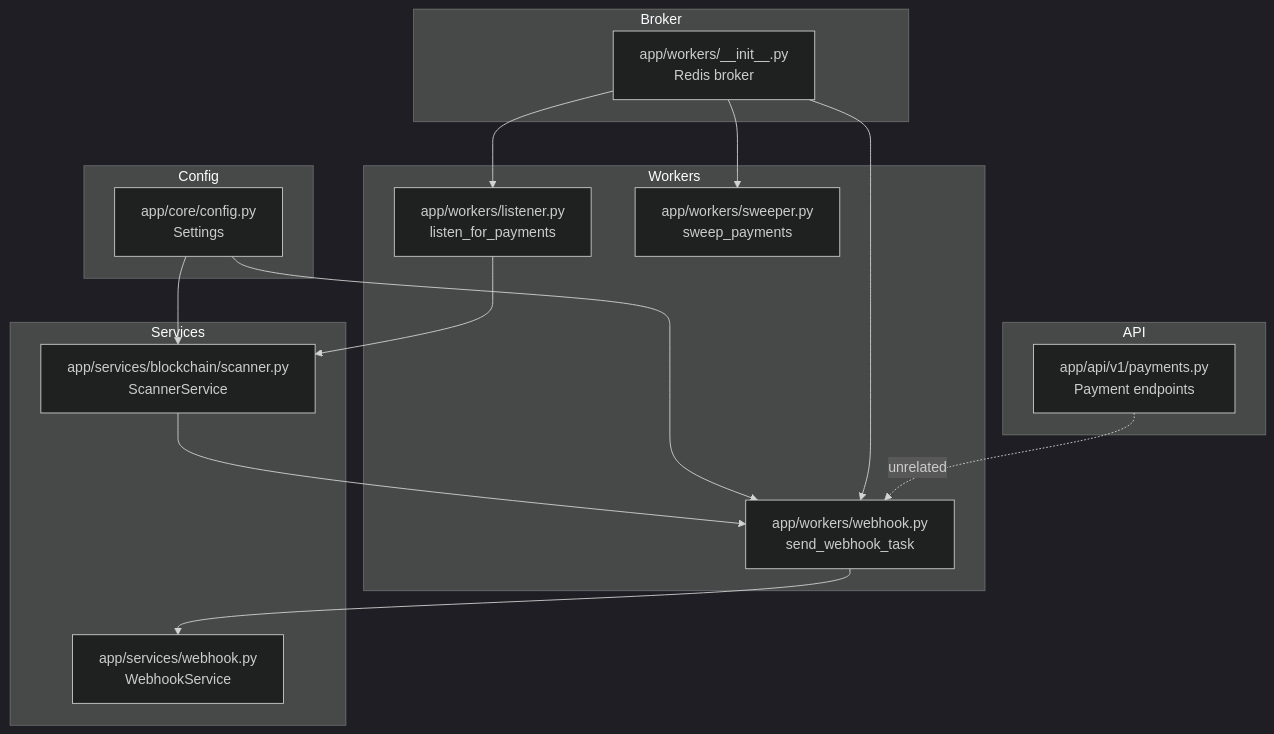
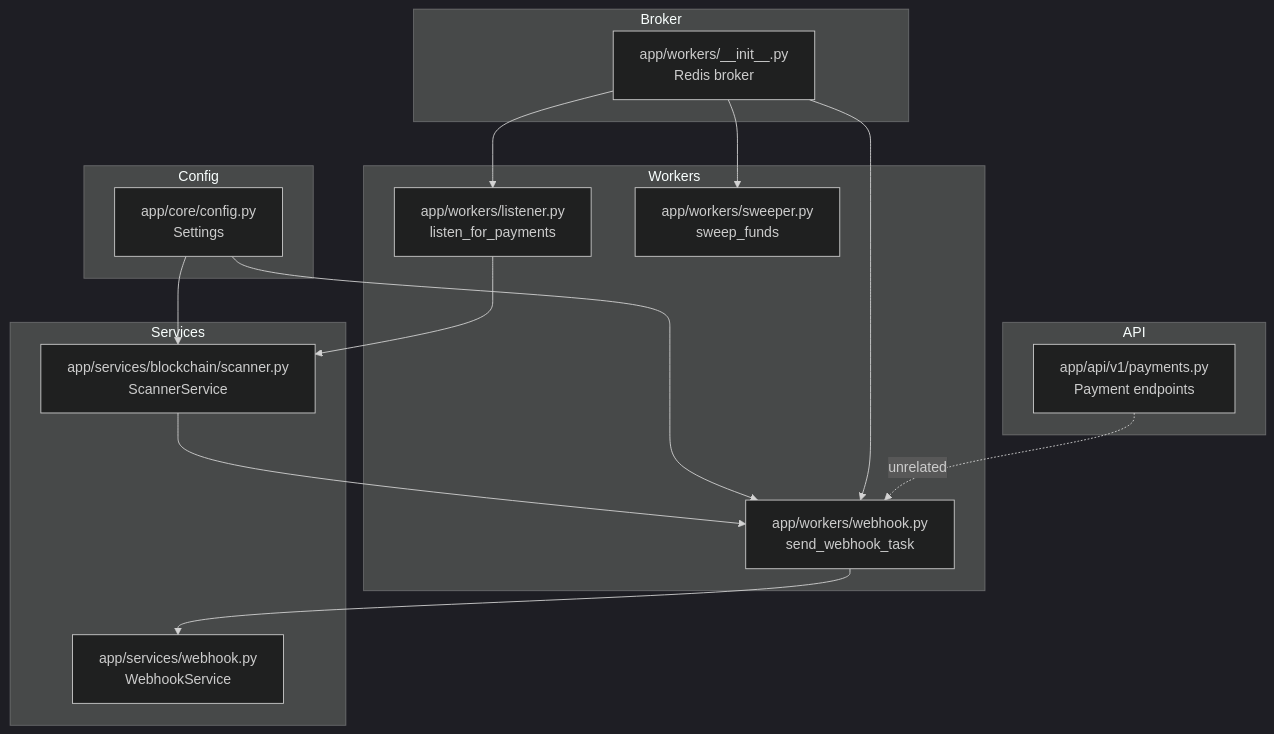
The first of 4 diagrams in docs/background-processing/webhook-worker.md (rakibhossain72/ctrip-docs), drawn with Mermaid (dark theme) before and after one commit. The commit also changed other lines of this file and 25 other files, not shown here.

````diff
--- a/docs/background-processing/webhook-worker.md
+++ b/docs/background-processing/webhook-worker.md
@@ -39,30 +39,30 @@
 ```mermaid
 graph TB
 subgraph "Workers"
 W1["app/workers/webhook.py<br/>send_webhook_task"]
 W2["app/workers/listener.py<br/>listen_for_payments"]
-W3["app/workers/sweeper.py<br/>sweep_payments"]
+W3["app/workers/sweeper.py<br/>sweep_funds"]
 end
 subgraph "Services"
 S1["app/services/webhook.py<br/>WebhookService"]
 S2["app/services/blockchain/scanner.py<br/>ScannerService"]
 end
 subgraph "Config"
 C1["app/core/config.py<br/>Settings"]
 end
 subgraph "Broker"
 B1["app/workers/__init__.py<br/>Redis broker"]
 end
 subgraph "API"
 A1["app/api/v1/payments.py<br/>Payment endpoints"]
 end
 W2 --> S2
 S2 --> W1
 W1 --> S1
 C1 --> W1
 C1 --> S2
 B1 --> W1
 B1 --> W2
 B1 --> W3
 A1 -. unrelated .-> W1
 ```
````
